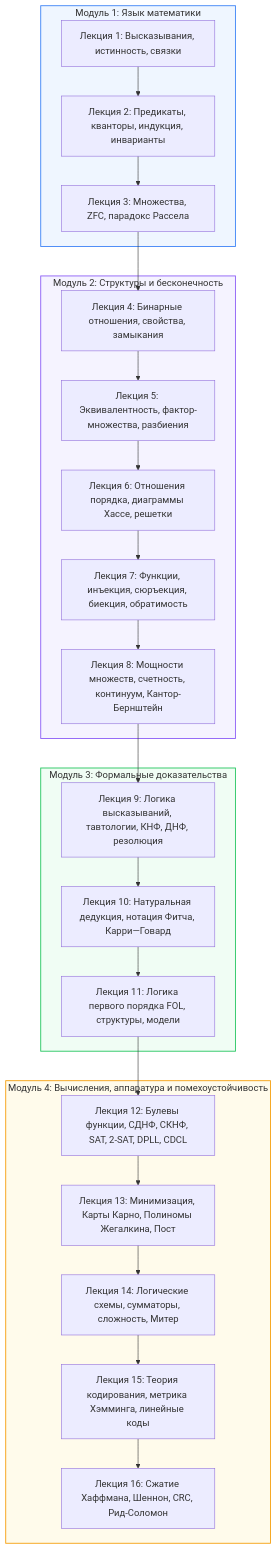
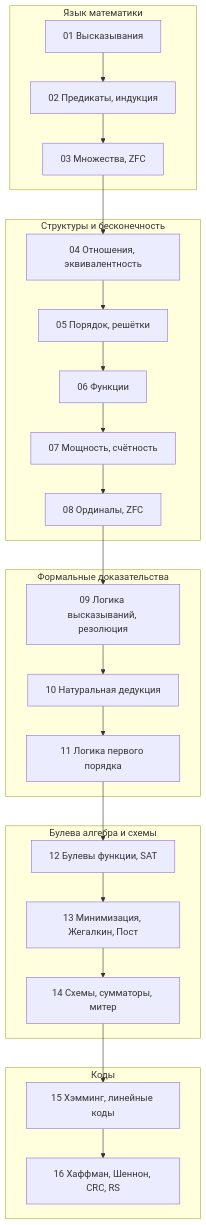
One commit to Kefirleos/itmo-vault changed the second of 2 diagrams in Конспекты/1 семестр/Поток 2/Дискретная математика/16. Лекция - Сжатие данных, код Хаффмана, циклические коды и коды Рида-Соломона (2026-12-23).md. Above: the diagram before and after it, drawn with Mermaid. The commit also changed other lines of this file and 15 other files, not shown here.

````diff
--- a/Конспекты/1 семестр/Поток 2/Дискретная математика/16. Лекция - Сжатие данных, код Хаффмана, циклические коды и коды Рида-Соломона (2026-12-23).md
+++ b/Конспекты/1 семестр/Поток 2/Дискретная математика/16. Лекция - Сжатие данных, код Хаффмана, циклические коды и коды Рида-Соломона (2026-12-23).md
@@ -213,43 +367,22 @@
 ```mermaid
 graph TD
-    subgraph M1 ["Модуль 1: Язык математики"]
-        L1["Лекция 1: Высказывания, истинность, связки"]
-        L2["Лекция 2: Предикаты, кванторы, индукция, инварианты"]
-        L3["Лекция 3: Множества, ZFC, парадокс Рассела"]
-        L1 --> L2 --> L3
+    subgraph M1 ["Язык математики"]
+        L1["01 Высказывания"] --> L2["02 Предикаты, индукция"] --> L3["03 Множества, ZFC"]
     end
-
-    subgraph M2 ["Модуль 2: Структуры и бесконечность"]
-        L4["Лекция 4: Бинарные отношения, свойства, замыкания"]
-        L5["Лекция 5: Эквивалентность, фактор-множества, разбиения"]
-        L6["Лекция 6: Отношения порядка, диаграммы Хассе, решетки"]
-        L7["Лекция 7: Функции, инъекция, сюръекция, биекция, обратимость"]
-        L8["Лекция 8: Мощности множеств, счетность, континуум, Кантор-Бернштейн"]
-        L4 --> L5 --> L6 --> L7 --> L8
+    subgraph M2 ["Структуры и бесконечность"]
+        L4["04 Отношения, эквивалентность"] --> L5["05 Порядок, решётки"] --> L6["06 Функции"] --> L7["07 Мощность, счётность"] --> L8["08 Ординалы, ZFC"]
     end
-
-    subgraph M3 ["Модуль 3: Формальные доказательства"]
-        L9["Лекция 9: Логика высказываний, тавтологии, КНФ, ДНФ, резолюция"]
-        L10["Лекция 10: Натуральная дедукция, нотация Фитча, Карри—Говард"]
-        L11["Лекция 11: Логика первого порядка FOL, структуры, модели"]
-        L9 --> L10 --> L11
+    subgraph M3 ["Формальные доказательства"]
+        L9["09 Логика высказываний, резолюция"] --> L10["10 Натуральная дедукция"] --> L11["11 Логика первого порядка"]
     end
-
-    subgraph M4 ["Модуль 4: Вычисления, аппаратура и помехоустойчивость"]
-        L12["Лекция 12: Булевы функции, СДНФ, СКНФ, SAT, 2-SAT, DPLL, CDCL"]
-        L13["Лекция 13: Минимизация, Карты Карно, Полиномы Жегалкина, Пост"]
-        L14["Лекция 14: Логические схемы, сумматоры, сложность, Митер"]
-        L15["Лекция 15: Теория кодирования, метрика Хэмминга, линейные коды"]
-        L16["Лекция 16: Сжатие Хаффмана, Шеннон, CRC, Рид-Соломон"]
-        L12 --> L13 --> L14 --> L15 --> L16
+    subgraph M4 ["Булева алгебра и схемы"]
+        L12["12 Булевы функции, SAT"] --> L13["13 Минимизация, Жегалкин, Пост"] --> L14["14 Схемы, сумматоры, митер"]
     end
-
+    subgraph M5 ["Коды"]
+        L15["15 Хэмминг, линейные коды"] --> L16["16 Хаффман, Шеннон, CRC, RS"]
+    end
     L3 --> L4
     L8 --> L9
     L11 --> L12
-
-    style M1 fill:#eff6ff,stroke:#3b82f6,stroke-width:1.5px
-    style M2 fill:#f5f3ff,stroke:#8b5cf6,stroke-width:1.5px
-    style M3 fill:#f0fdf4,stroke:#22c55e,stroke-width:1.5px
-    style M4 fill:#fffbeb,stroke:#f59e0b,stroke-width:1.5px
+    L14 --> L15
 ```
````
